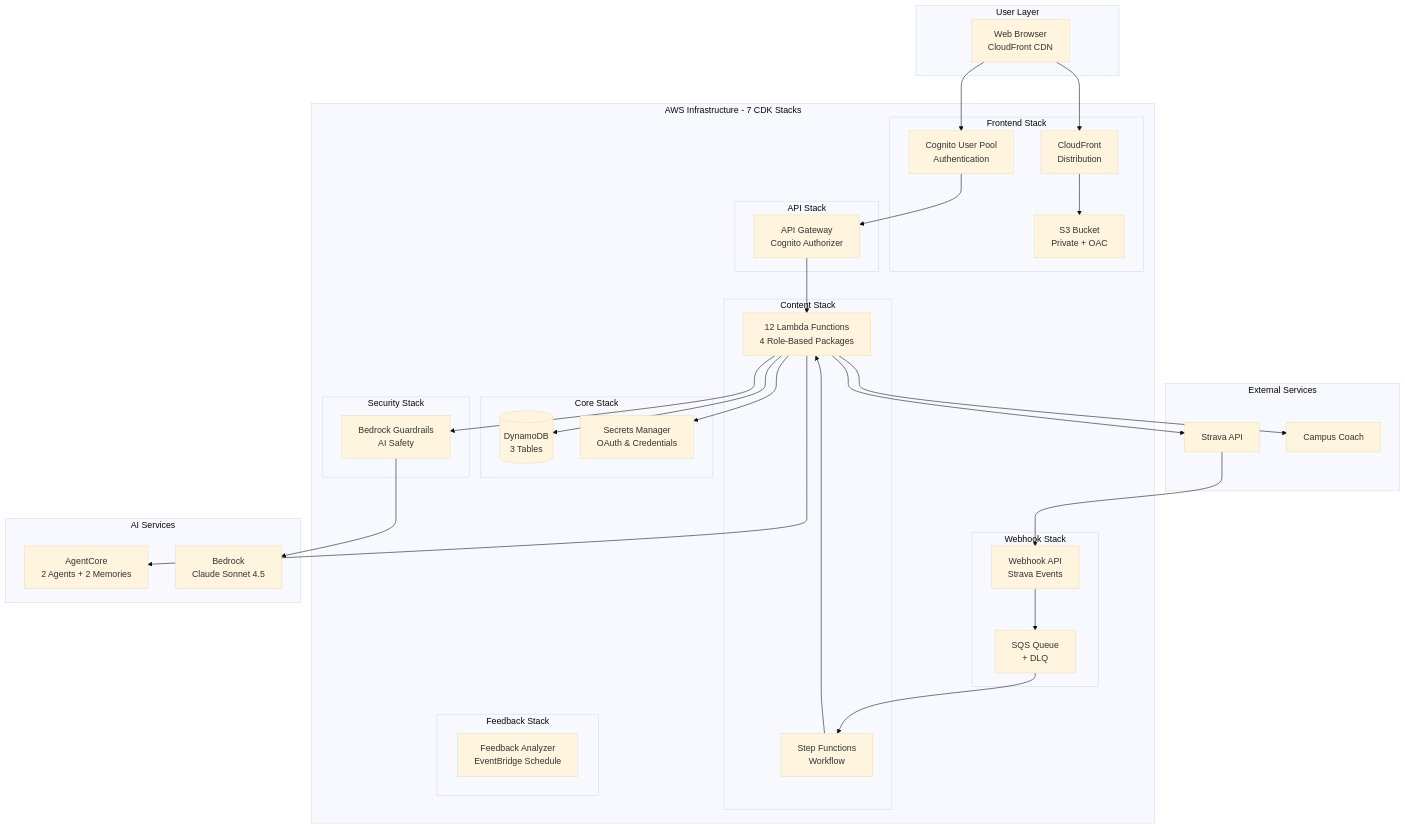
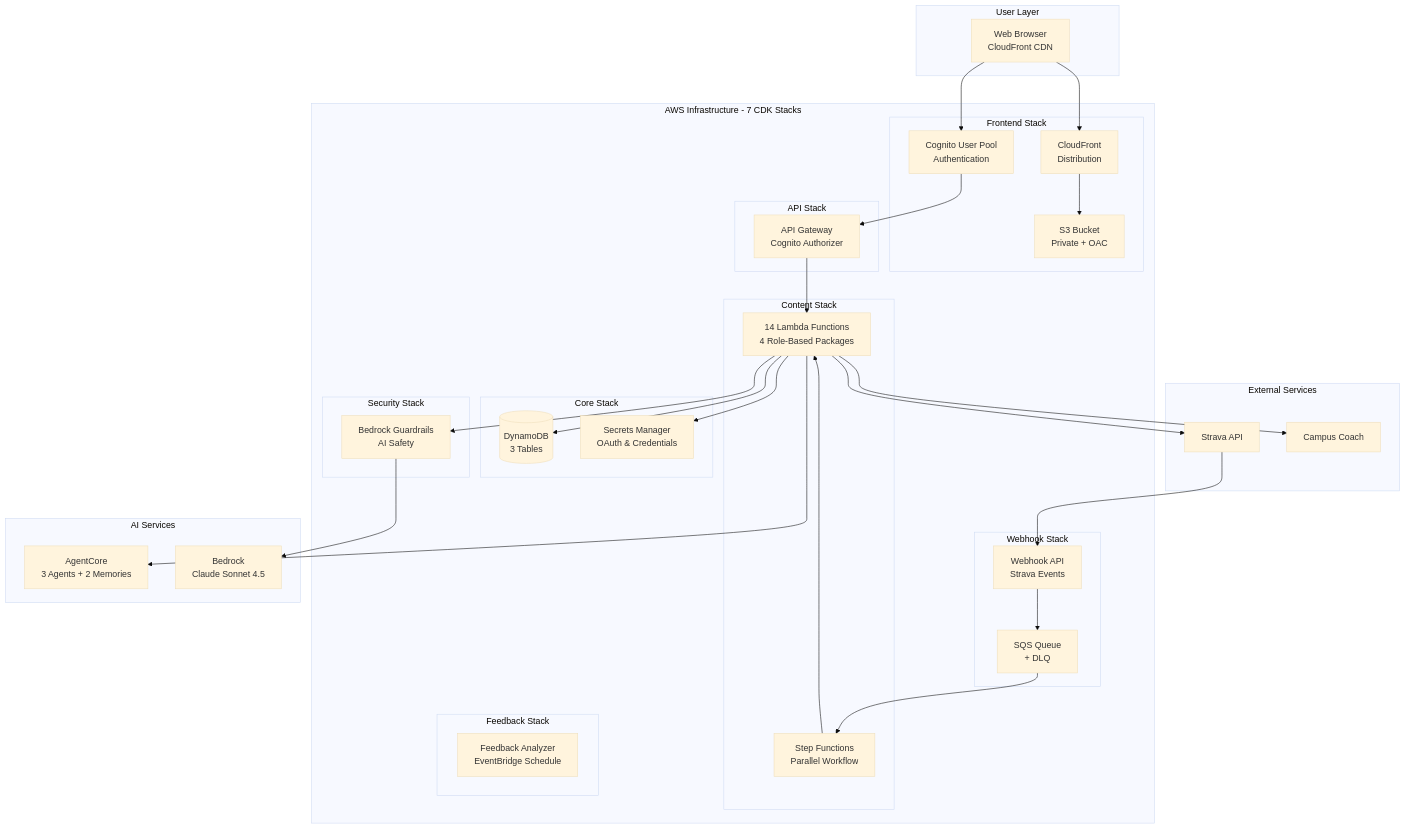
Before and after one commit to el-pedrito/strava-ai-boost: the first of 2 diagrams in README.md, drawn with Mermaid (base theme). The commit also changed other lines of this file and 1 other file, not shown here.

````diff
--- a/README.md
+++ b/README.md
@@ -181,71 +183,71 @@
 ```mermaid
 graph TB
     subgraph "User Layer"
         Browser[Web Browser<br/>CloudFront CDN]
     end
 
     subgraph "AWS Infrastructure - 7 CDK Stacks"
         subgraph "Frontend Stack"
             S3[S3 Bucket<br/>Private + OAC]
             CF[CloudFront<br/>Distribution]
             Cognito[Cognito User Pool<br/>Authentication]
         end
 
         subgraph "Core Stack"
             DDB[(DynamoDB<br/>3 Tables)]
             Secrets[Secrets Manager<br/>OAuth & Credentials]
         end
 
         subgraph "Security Stack"
             Guardrails[Bedrock Guardrails<br/>AI Safety]
         end
 
         subgraph "Webhook Stack"
             WebhookAPI[Webhook API<br/>Strava Events]
             SQS[SQS Queue<br/>+ DLQ]
         end
 
         subgraph "Content Stack"
-            SF[Step Functions<br/>Workflow]
-            Lambda12[12 Lambda Functions<br/>4 Role-Based Packages]
+            SF[Step Functions<br/>Parallel Workflow]
+            Lambda12[14 Lambda Functions<br/>4 Role-Based Packages]
         end
 
         subgraph "API Stack"
             APIGW[API Gateway<br/>Cognito Authorizer]
         end
 
         subgraph "Feedback Stack"
             FB[Feedback Analyzer<br/>EventBridge Schedule]
         end
     end
 
     subgraph "AI Services"
-        AgentCore[AgentCore<br/>2 Agents + 2 Memories]
+        AgentCore[AgentCore<br/>3 Agents + 2 Memories]
         Bedrock[Bedrock<br/>Claude Sonnet 4.5]
     end
 
     subgraph "External Services"
         Strava[Strava API]
         Campus[Campus Coach]
     end
 
     Browser --> CF
     CF --> S3
     Browser --> Cognito
     Cognito --> APIGW
     APIGW --> Lambda12
     Lambda12 --> DDB
     Lambda12 --> Secrets
 
     Strava --> WebhookAPI
     WebhookAPI --> SQS
     SQS --> SF
     SF --> Lambda12
 
     Lambda12 --> Guardrails
     Guardrails --> Bedrock
     Lambda12 --> AgentCore
     Lambda12 --> Strava
     Lambda12 --> Campus
 
 ```
````
